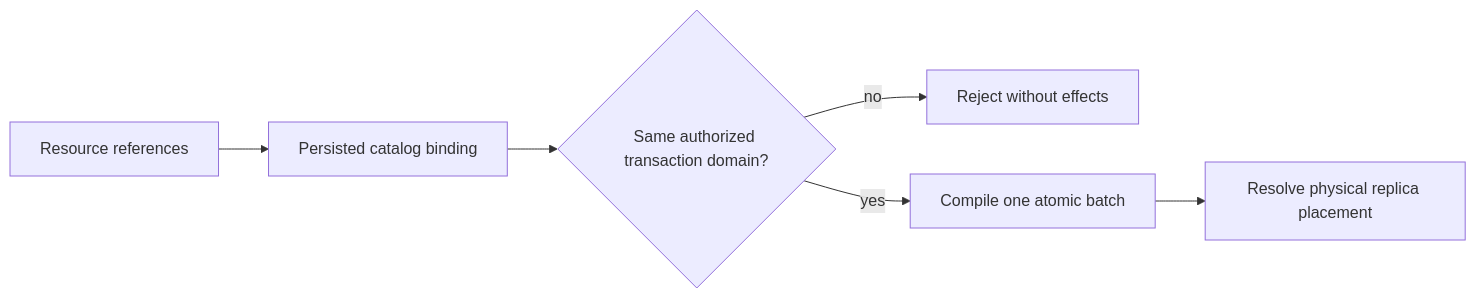
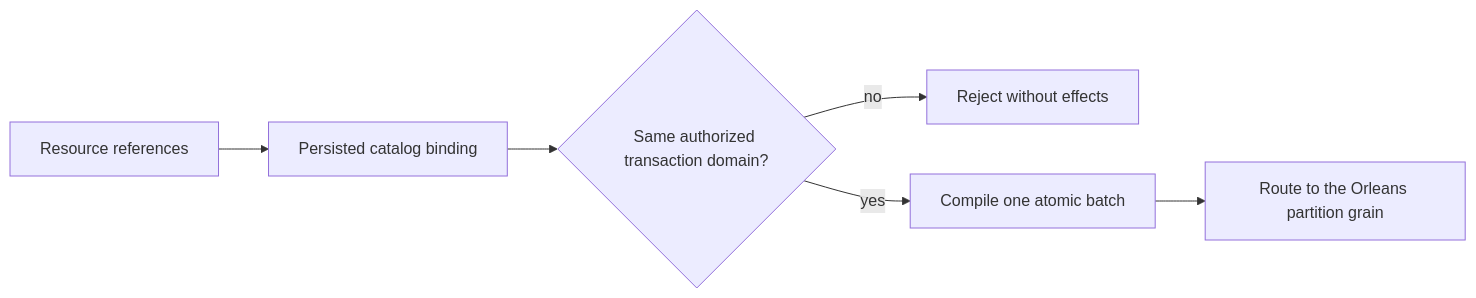
The diagram in docs/ADR/ADR-024-transaction-domain-binding.md (managedcode/KeyLoad), drawn with Mermaid before and after one commit. The commit also changed other lines of this file and 7356 other files, not shown here.

````diff
--- a/docs/ADR/ADR-024-transaction-domain-binding.md
+++ b/docs/ADR/ADR-024-transaction-domain-binding.md
@@ -11,8 +11,8 @@
 ```mermaid
 flowchart LR
     Request[Resource references] --> Catalog[Persisted catalog binding]
     Catalog --> Domain{Same authorized transaction domain?}
     Domain -->|no| Reject[Reject without effects]
     Domain -->|yes| Atomic[Compile one atomic batch]
-    Atomic --> Placement[Resolve physical replica placement]
+    Atomic --> Grain[Route to the Orleans partition grain]
 ```
````
